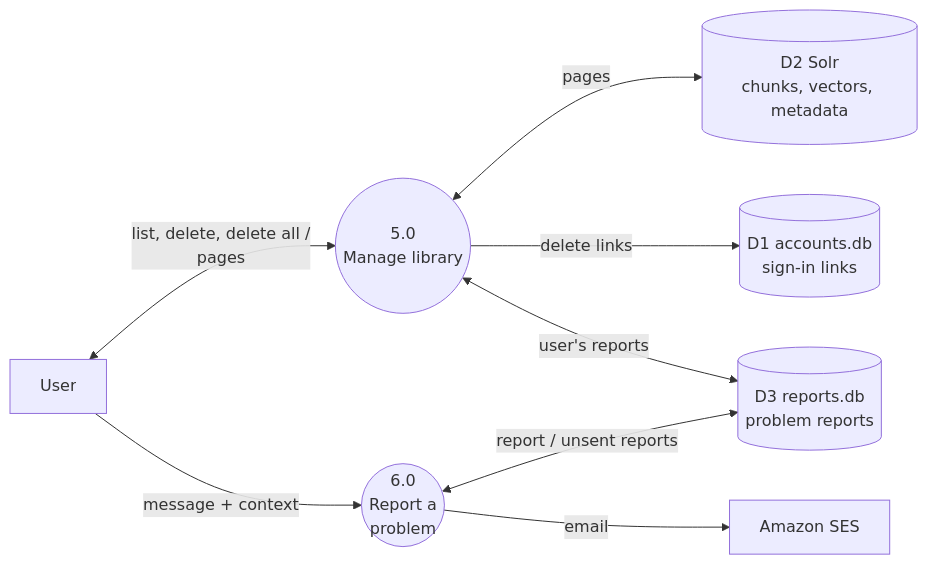
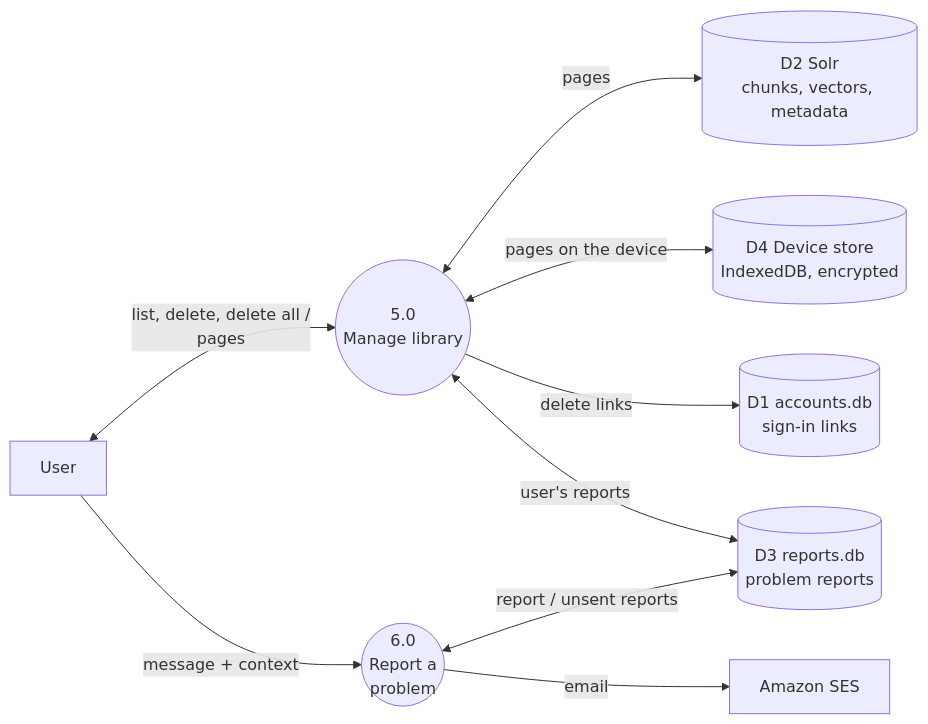
One commit to rabeeh18/ucs503p-202627-MemoryLane changed the third of 3 diagrams in docs/architecture/data-flow.md. Above: the diagram before and after it, drawn with Mermaid. The commit also changed other lines of this file and 20 other files, not shown here.

First line of the commit message:
Diagrams: device storage and IndexedDB in docs and report

````diff
--- a/docs/architecture/data-flow.md
+++ b/docs/architecture/data-flow.md
@@ -74,21 +79,23 @@
 ```mermaid
 flowchart LR
     user["User"]
     ses["Amazon SES"]
 
     p5(("5.0<br/>Manage library"))
     p6(("6.0<br/>Report a<br/>problem"))
 
     d1[("D1 accounts.db<br/>sign-in links")]
     d2[("D2 Solr<br/>chunks, vectors, metadata")]
     d3[("D3 reports.db<br/>problem reports")]
+    d4[("D4 Device store<br/>IndexedDB, encrypted")]
 
     user <-->|"list, delete, delete all /<br/>pages"| p5
     p5 <-->|"pages"| d2
+    p5 <-->|"pages on the device"| d4
     p5 -->|"delete links"| d1
     p5 <-->|"user's reports"| d3
 
     user -->|"message + context"| p6
     p6 <-->|"report / unsent reports"| d3
     p6 -->|"email"| ses
 ```
````
